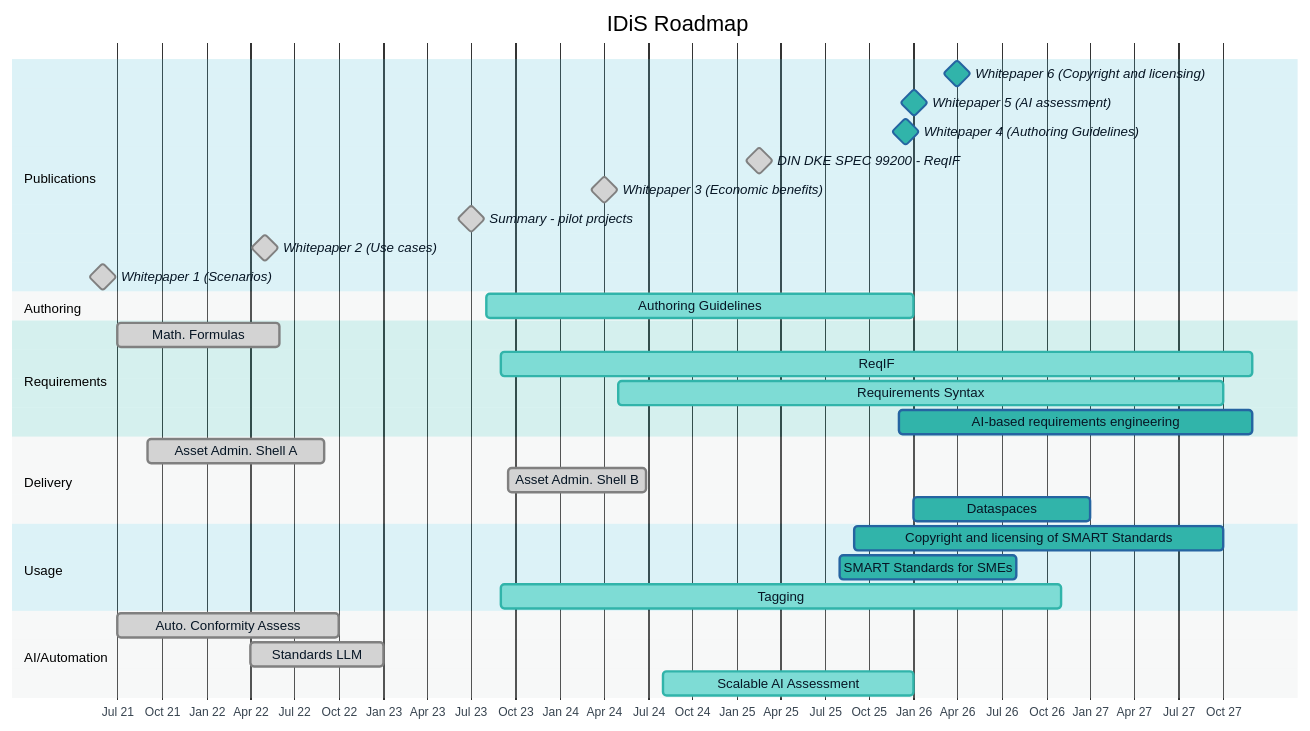
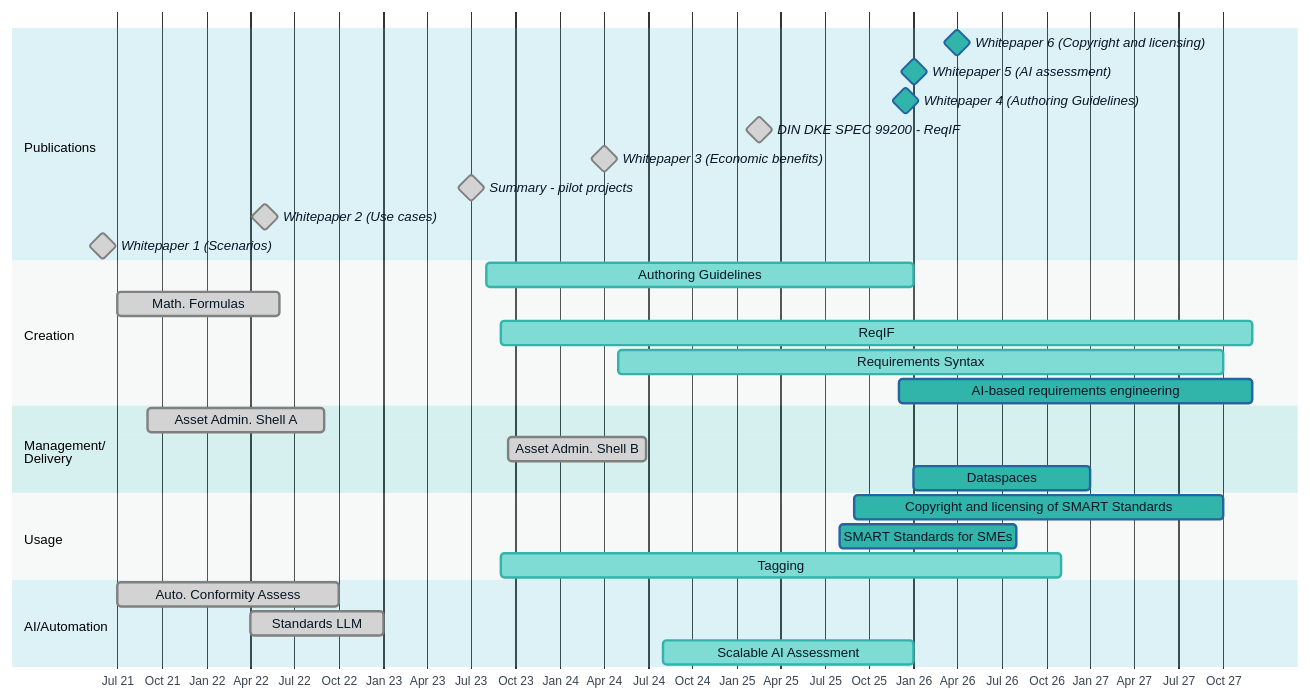
The diagram in idis-roadmap.md (DIN-DKE/DKE_0001__SMART_Standards_Roadmap), drawn with Mermaid before and after one commit. The commit also changed other lines of this file, not shown here.

Commit message:
Roadmap - add intro text & update chart sections to match value chain

````diff
--- a/idis-roadmap.md
+++ b/idis-roadmap.md
@@ -1,59 +5,57 @@
 ```mermaid
 
 %%{
   init: {
     'theme': 'base',
     'themeVariables': {
       'fontFamily': 'Noto Sans, Arial, Sans-Serif',
       'primaryColor': '#31b4aa',
       'primaryTextColor': '#071625',
       'primaryBorderColor': '#2564a1',
       'lineColor': '#d5dddc',
       'secondaryColor': '#3a8dcb',
       'tertiaryColor': '#fff',
       'sectionBkgColor': '#52bdd7',
       'altSectionBkgColor': '#d5dddc'
     }
   }
 }%%
 
 gantt
     dateFormat  YYYY-MM-DD
-    title       IDiS Roadmap
+    %% title       IDiS Roadmap
     tickInterval 3month
     axisFormat %b %y
 
     section Publications
     Whitepaper 6 (Copyright and licensing) : milestone, 2026-03-31, 1d
     Whitepaper 5 (AI assessment)       : milestone, 2026-01-01, 1d
     Whitepaper 4 (Authoring Guidelines)         : milestone, 2025-12-15, 1d
     DIN DKE SPEC 99200 - ReqIF             : milestone, done, 2025-02-15, 1d
     Whitepaper 3 (Economic benefits)           : milestone, done, 2024-04-01, 1d
     Summary - pilot projects           : milestone, done, 2023-07-01, 1d
     Whitepaper 2 (Use cases)           : milestone, done, 2022-05-01, 1d
     Whitepaper 1 (Scenarios)           : milestone, done, 2021-06-01, 1d
 
-    section Authoring
+    section Creation
     Authoring Guidelines    : active, 2023-08-01, 2025-12-31
-
-    section Requirements
     Math. Formulas         : done, 2021-07-01, 2022-06-01
     ReqIF                  : active, 2023-08-31, 2027-12-01
     Requirements Syntax              : active, 2024-05-01, 2027-10-01
     AI-based requirements engineering :  2025-12-01, 2027-12-01
 
-    section Delivery
+    section Management/<br />Delivery
     Asset Admin. Shell A   : done, 2021-09-01, 2022-09-01
     Asset Admin. Shell B   : done, 2023-09-15, 2024-06-26
     Dataspaces             : 2026-01-01, 2027-01-01
 
     section Usage
     Copyright and licensing of SMART Standards : 2025-09-01, 2027-10-01
     SMART Standards for SMEs : 2025-08-01, 2026-08-01
     Tagging : active, 2023-09-01, 2026-11-01
 
     section AI/Automation
     Auto. Conformity Assess: done, 2021-07-01, 2022-10-01
     Standards LLM          : done, 2022-04-01, 2023-01-01
     Scalable AI Assessment : active, 2024-08-01, 2025-12-31 
 ```
````
